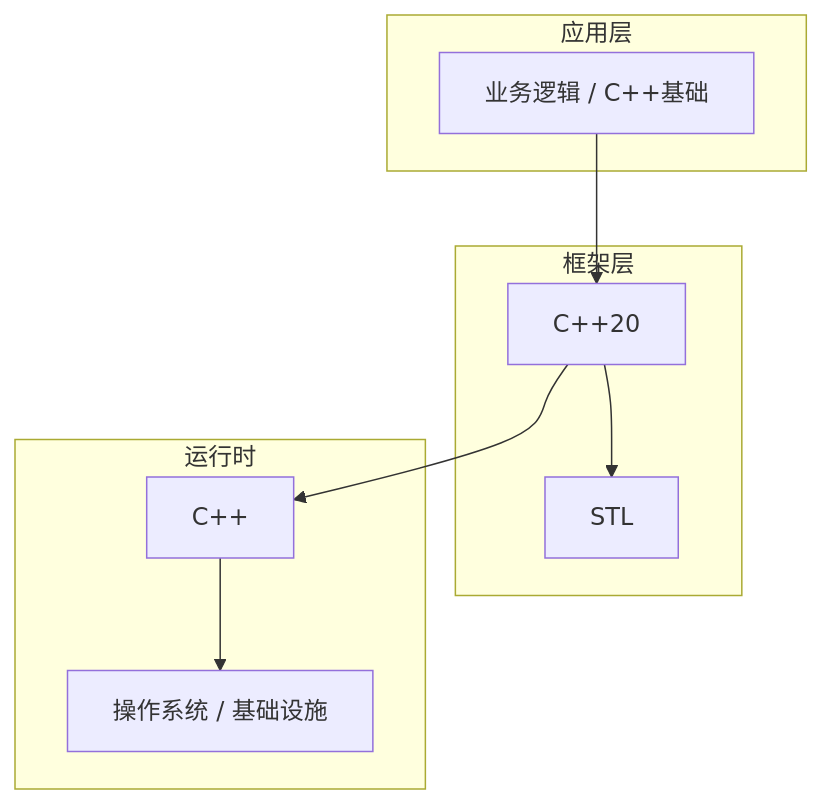
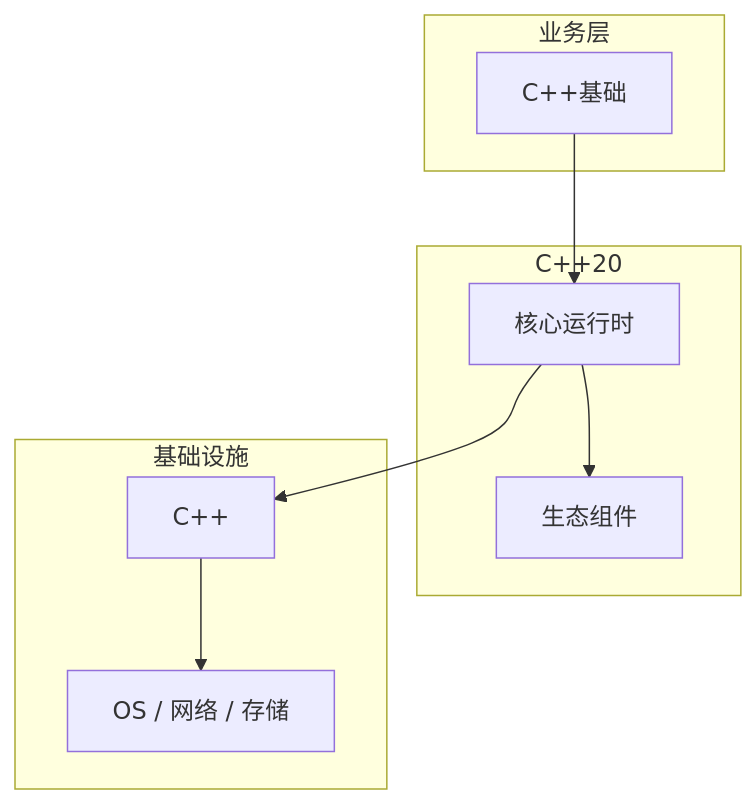
Before and after one commit to yanggan2015/knowledge-json-v2: the diagram in articles/C++/chapters/001-C++基础核心概念与原理.md, drawn with Mermaid. The commit also changed other lines of this file and 10127 other files, not shown here.

````diff
--- a/articles/C++/chapters/001-C++基础核心概念与原理.md
+++ b/articles/C++/chapters/001-C++基础核心概念与原理.md
@@ -45,18 +34,18 @@
 ```mermaid
 graph TB
-    subgraph 应用层
-        A[业务逻辑 / C++基础]
+    subgraph 业务层
+        A[C++基础]
     end
-    subgraph 框架层
-        B[C++20]
-        C[STL]
+    subgraph C++20
+        B[核心运行时]
+        C[生态组件]
     end
-    subgraph 运行时
+    subgraph 基础设施
         D[C++]
-        E[操作系统 / 基础设施]
+        E[OS / 网络 / 存储]
     end
     A --> B
     B --> C
     B --> D
     D --> E
 ```
````
